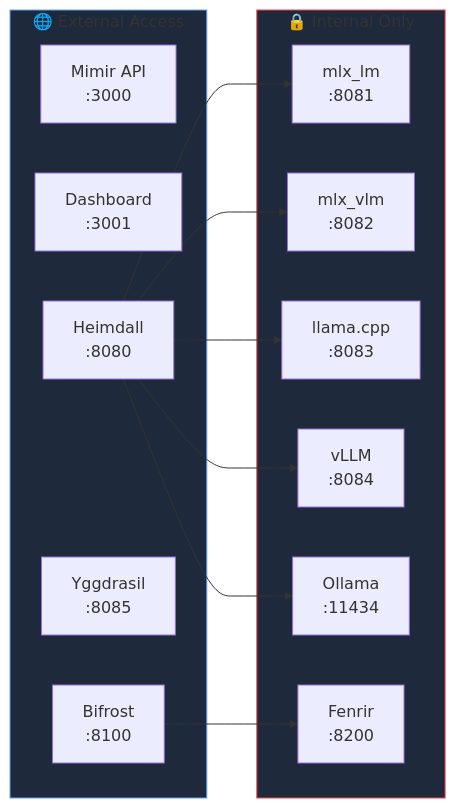
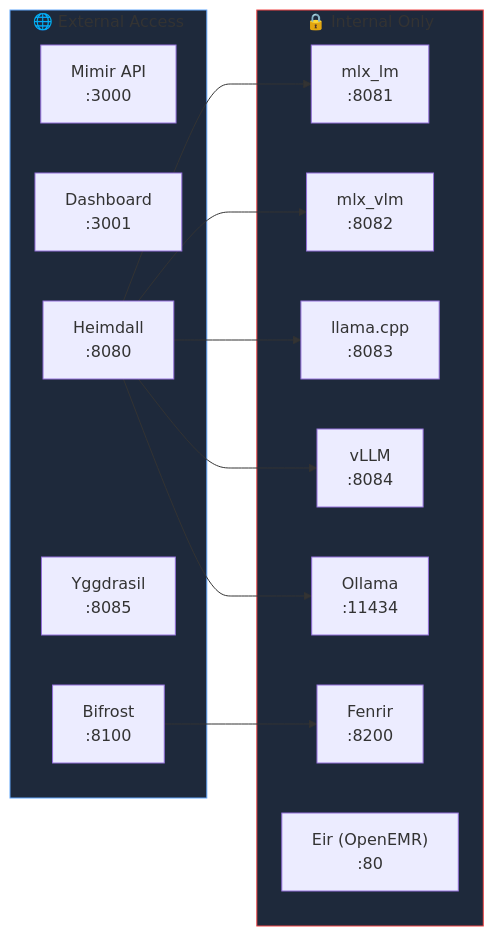
The seventh of 7 diagrams in docs/architecture.md (MegaWiz-Dev-Team/Asgard), drawn with Mermaid before and after one commit. The commit also changed other lines of this file and 6 other files, not shown here.

First line of the commit message:
docs: update Fenrir to Python (Browser Use + FHIR) and add Eir (OpenEMR)

````diff
--- a/docs/architecture.md
+++ b/docs/architecture.md
@@ -287,29 +298,30 @@
 ```mermaid
 graph LR
     subgraph exposed["🌐 External Access"]
         P3000["Mimir API<br/>:3000"]
         P3001["Dashboard<br/>:3001"]
         P8080["Heimdall<br/>:8080"]
         P8085["Yggdrasil<br/>:8085"]
         P8100["Bifrost<br/>:8100"]
     end
 
     subgraph internal["🔒 Internal Only"]
         P8081["mlx_lm<br/>:8081"]
         P8082["mlx_vlm<br/>:8082"]
         P8083["llama.cpp<br/>:8083"]
         P8084["vLLM<br/>:8084"]
         P11434["Ollama<br/>:11434"]
         P8200["Fenrir<br/>:8200"]
+        P80["Eir (OpenEMR)<br/>:80"]
     end
 
     P8080 --> P8081
     P8080 --> P8082
     P8080 --> P8083
     P8080 --> P8084
     P8080 --> P11434
     P8100 --> P8200
 
     style exposed fill:#1e293b,stroke:#60a5fa
     style internal fill:#1e293b,stroke:#ef4444
 ```
````
